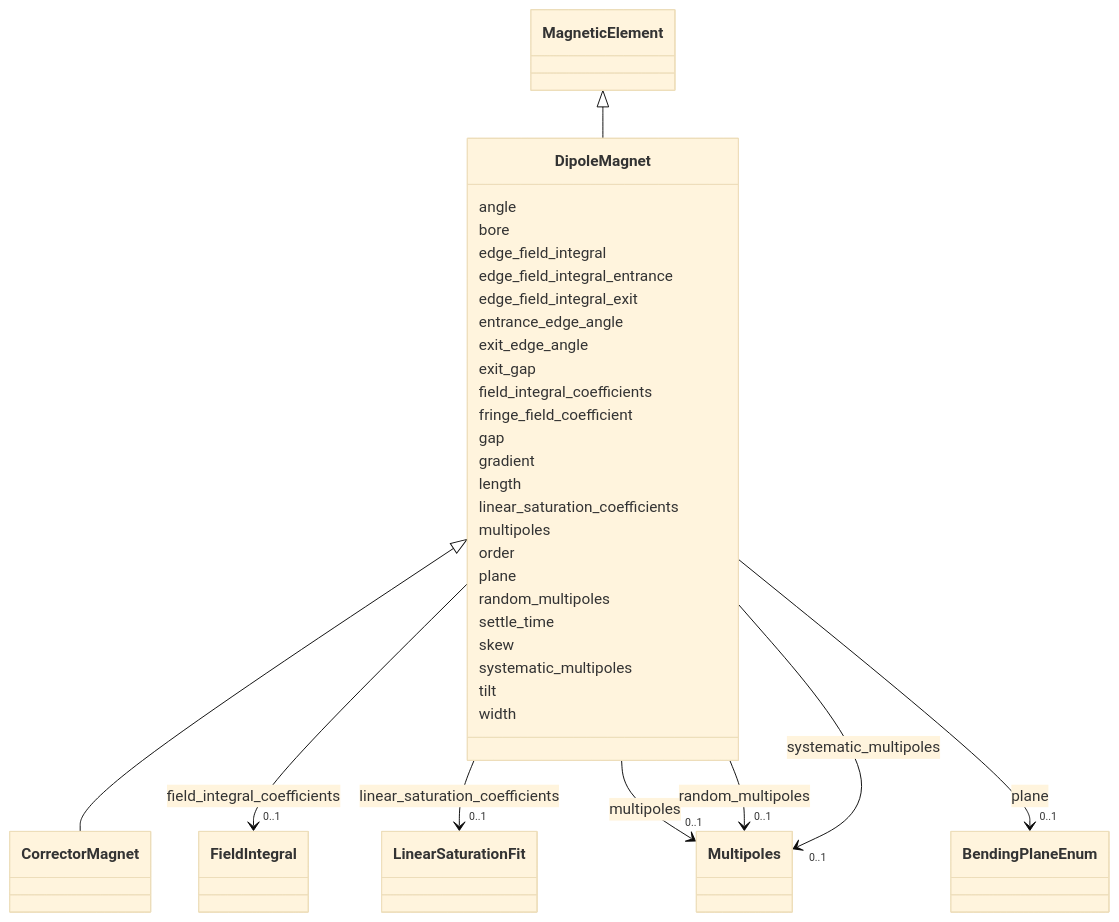
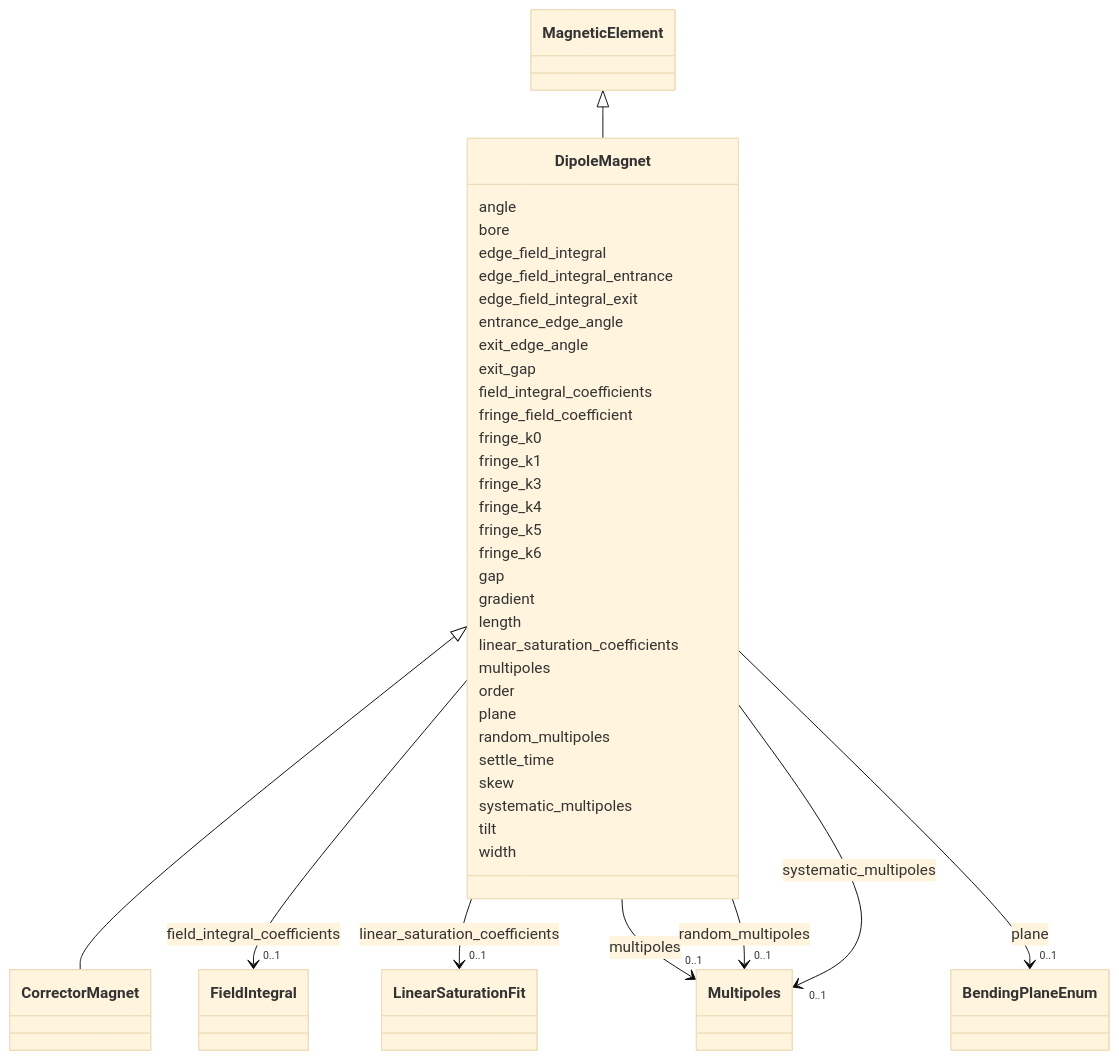
Before and after one commit to astec-stfc/laura: the diagram in docs/source/schema/DipoleMagnet.md, drawn with Mermaid (base theme). The commit also changed other lines of this file and 42 other files, not shown here.

```diff
--- a/docs/source/schema/DipoleMagnet.md
+++ b/docs/source/schema/DipoleMagnet.md
@@ -50,6 +50,18 @@
 
         
       DipoleMagnet : fringe_field_coefficient
+        
+      DipoleMagnet : fringe_k0
+        
+      DipoleMagnet : fringe_k1
+        
+      DipoleMagnet : fringe_k3
+        
+      DipoleMagnet : fringe_k4
+        
+      DipoleMagnet : fringe_k5
+        
+      DipoleMagnet : fringe_k6
         
       DipoleMagnet : gap
         
```
